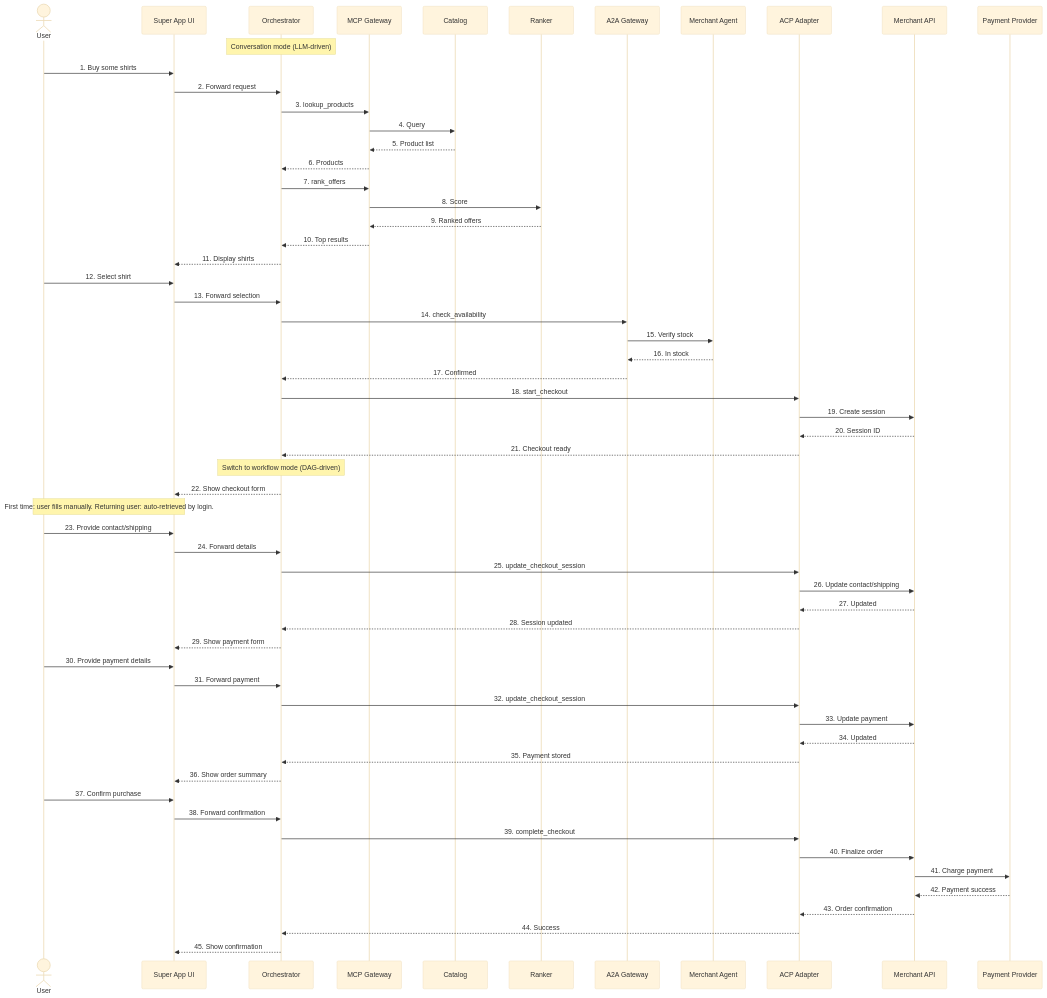
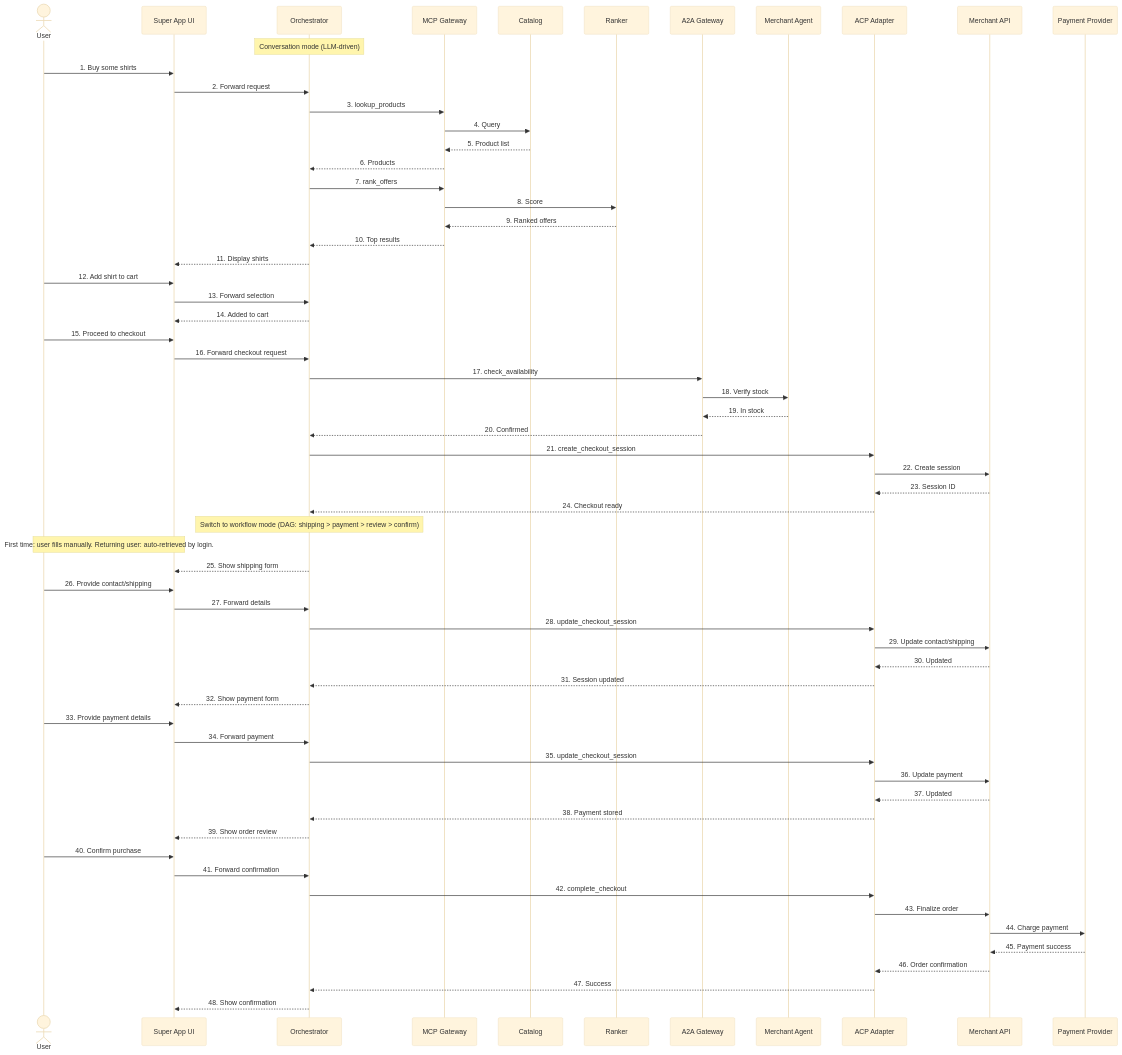
One commit to zhuohanl/agentic-commerce-protocol-demo changed the third of 3 diagrams in understanding/design/layered-architecture-mvp.md. Above: the diagram before and after it, drawn with Mermaid (base theme). The commit also changed other lines of this file, not shown here.

Commit message:
Updated layered architecture design doc

````diff
--- a/understanding/design/layered-architecture-mvp.md
+++ b/understanding/design/layered-architecture-mvp.md
@@ -452,51 +460,55 @@
 
 Orch-->>UI: 11. Display shirts
 
-User->>UI: 12. Select shirt
+User->>UI: 12. Add shirt to cart
 UI->>Orch: 13. Forward selection
+Orch-->>UI: 14. Added to cart
 
-Orch->>A2A: 14. check_availability
-A2A->>MerchantAgent: 15. Verify stock
-MerchantAgent-->>A2A: 16. In stock
-A2A-->>Orch: 17. Confirmed
+User->>UI: 15. Proceed to checkout
+UI->>Orch: 16. Forward checkout request
 
-Orch->>ACP: 18. start_checkout
-ACP->>MerchantAPI: 19. Create session
-MerchantAPI-->>ACP: 20. Session ID
-ACP-->>Orch: 21. Checkout ready
+Orch->>A2A: 17. check_availability
+A2A->>MerchantAgent: 18. Verify stock
+MerchantAgent-->>A2A: 19. In stock
+A2A-->>Orch: 20. Confirmed
 
-Note over Orch: Switch to workflow mode (DAG-driven)
+Orch->>ACP: 21. create_checkout_session
+ACP->>MerchantAPI: 22. Create session
+MerchantAPI-->>ACP: 23. Session ID
+ACP-->>Orch: 24. Checkout ready
 
-Orch-->>UI: 22. Show checkout form
+Note over Orch: Switch to workflow mode (DAG: shipping > payment > review > confirm)
 
 Note over User,UI: First time: user fills manually. Returning user: auto-retrieved by login.
 
-User->>UI: 23. Provide contact/shipping
-UI->>Orch: 24. Forward details
-Orch->>ACP: 25. update_checkout_session
-ACP->>MerchantAPI: 26. Update contact/shipping
-MerchantAPI-->>ACP: 27. Updated
-ACP-->>Orch: 28. Session updated
-Orch-->>UI: 29. Show payment form
+Orch-->>UI: 25. Show shipping form
 
-User->>UI: 30. Provide payment details
-UI->>Orch: 31. Forward payment
-Orch->>ACP: 32. update_checkout_session
-ACP->>MerchantAPI: 33. Update payment
-MerchantAPI-->>ACP: 34. Updated
-ACP-->>Orch: 35. Payment stored
-Orch-->>UI: 36. Show order summary
+User->>UI: 26. Provide contact/shipping
+UI->>Orch: 27. Forward details
+Orch->>ACP: 28. update_checkout_session
+ACP->>MerchantAPI: 29. Update contact/shipping
+MerchantAPI-->>ACP: 30. Updated
+ACP-->>Orch: 31. Session updated
+Orch-->>UI: 32. Show payment form
 
-User->>UI: 37. Confirm purchase
-UI->>Orch: 38. Forward confirmation
+User->>UI: 33. Provide payment details
+UI->>Orch: 34. Forward payment
+Orch->>ACP: 35. update_checkout_session
+ACP->>MerchantAPI: 36. Update payment
+MerchantAPI-->>ACP: 37. Updated
+ACP-->>Orch: 38. Payment stored
+Orch-->>UI: 39. Show order review
 
-Orch->>ACP: 39. complete_checkout
-ACP->>MerchantAPI: 40. Finalize order
-MerchantAPI->>PSP: 41. Charge payment
-PSP-->>MerchantAPI: 42. Payment success
+User->>UI: 40. Confirm purchase
+UI->>Orch: 41. Forward confirmation
 
-MerchantAPI-->>ACP: 43. Order confirmation
-ACP-->>Orch: 44. Success
+Orch->>ACP: 42. complete_checkout
+ACP->>MerchantAPI: 43. Finalize order
+MerchantAPI->>PSP: 44. Charge payment
+PSP-->>MerchantAPI: 45. Payment success
 
-Orch-->>UI: 45. Show confirmation
+MerchantAPI-->>ACP: 46. Order confirmation
+ACP-->>Orch: 47. Success
+
+Orch-->>UI: 48. Show confirmation
 ```
````
